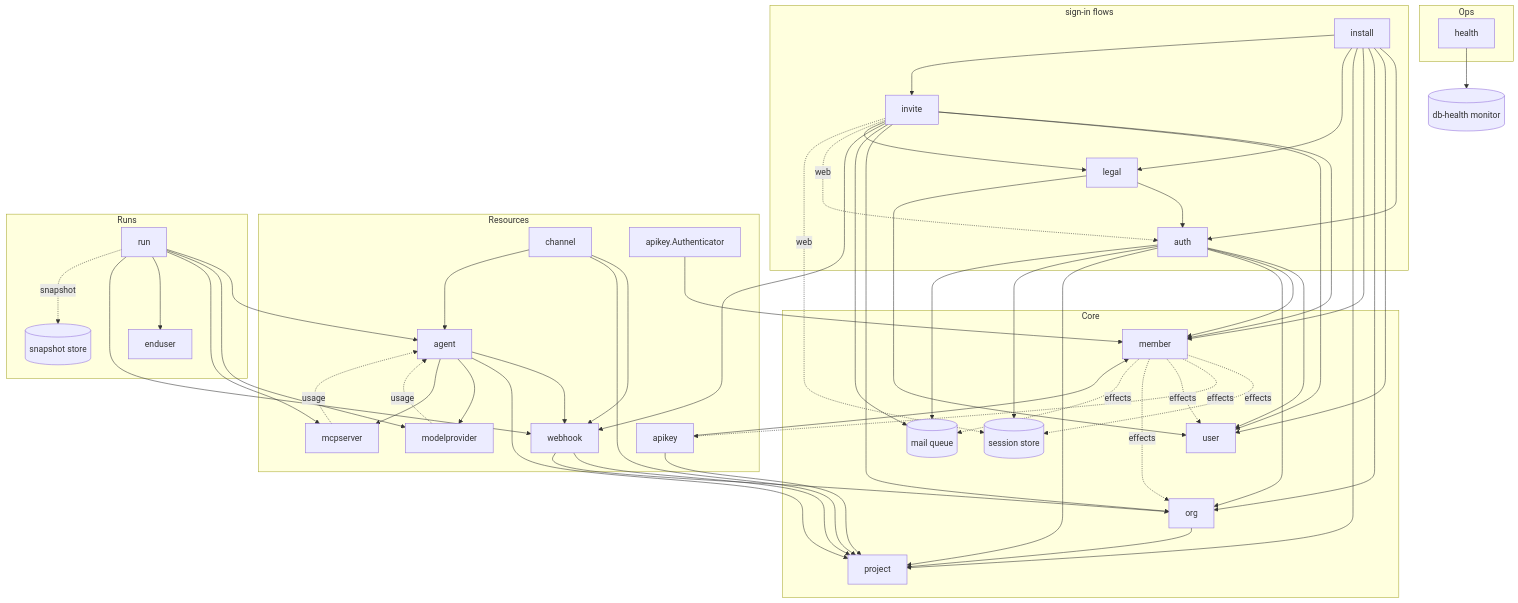
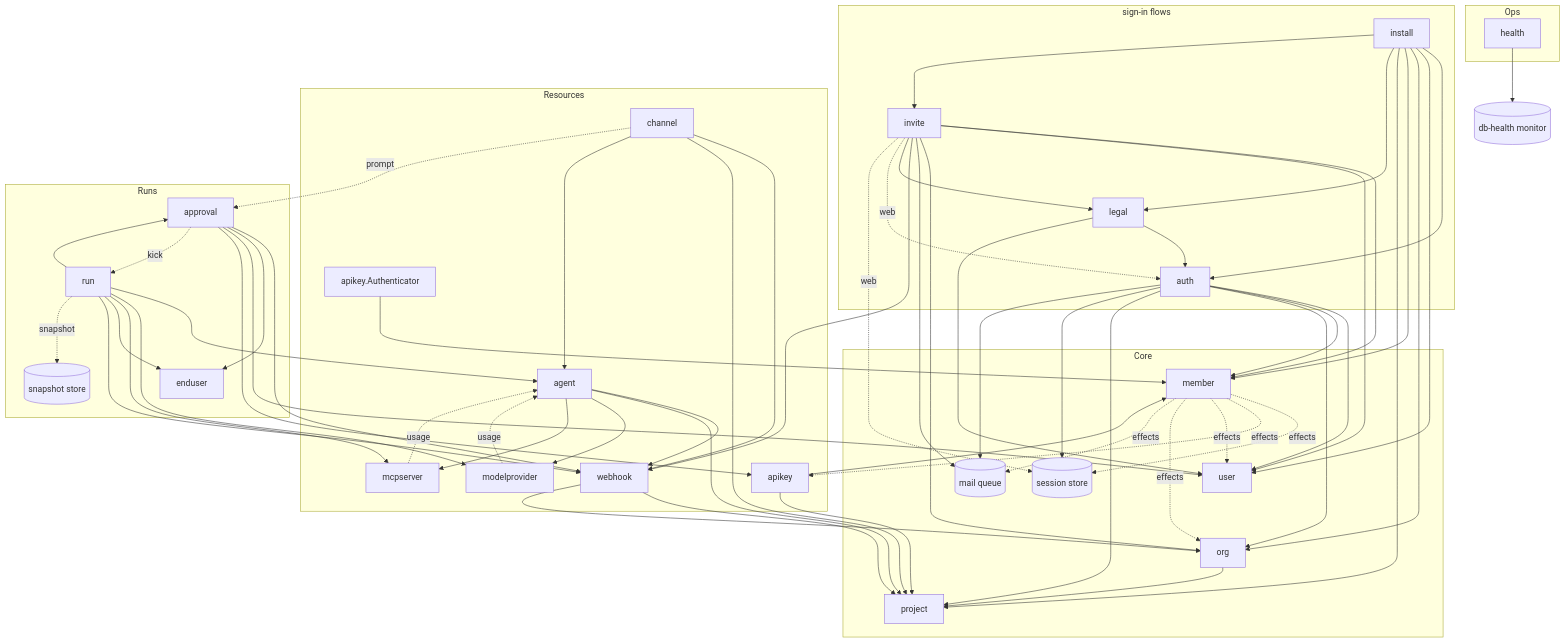
Before and after one commit to altalune-id/oagent: the third of 3 diagrams in internal/boot/README.md, drawn with Mermaid. The commit also changed other lines of this file and 197 other files, not shown here.

First line of the commit message:
feat(approval): ask a person before a gated tool runs, and resume the run exactly once (#89)

````diff
--- a/internal/boot/README.md
+++ b/internal/boot/README.md
@@ -134,58 +136,63 @@
 ```mermaid
 flowchart TD
     subgraph Flows["sign-in flows"]
         install
         legal
         auth
         invite
     end
     subgraph Ops
         health
     end
     subgraph Resources
         agent
         modelprovider
         mcpserver
         channel
         webhook
         apikey
         keyAuthn["apikey.Authenticator"]
     end
     subgraph Runs
         run
         enduser
+        approval
         snapshots[(snapshot store)]
     end
     subgraph Core
         org
         project
         member
         user
         sessions[(session store)]
         mailqueue[(mail queue)]
     end
 
     install --> auth
     legal --> auth
     install --> user & org & member & project & legal & invite
     legal --> user
     invite --> member & user & org & mailqueue & webhook & legal
     invite -. web .-> auth & sessions
     auth --> user & member & org & project & sessions & mailqueue
 
     agent --> webhook
     agent --> project
     agent --> modelprovider & mcpserver
     modelprovider -. usage .-> agent
     mcpserver -. usage .-> agent
     webhook --> project & org
     apikey --> project & member
     keyAuthn --> member
     member -. effects .-> sessions & apikey & user & org & mailqueue
     run --> agent & modelprovider & mcpserver & enduser & webhook
     channel --> webhook & project & agent
+    approval --> webhook & enduser & user & apikey
+    approval -. kick .-> run
+    run --> approval
+    channel -. prompt .-> approval
     run -. snapshot .-> snapshots
     health --> dbh[(db-health monitor)]
 
     org --> project
 ```
````
